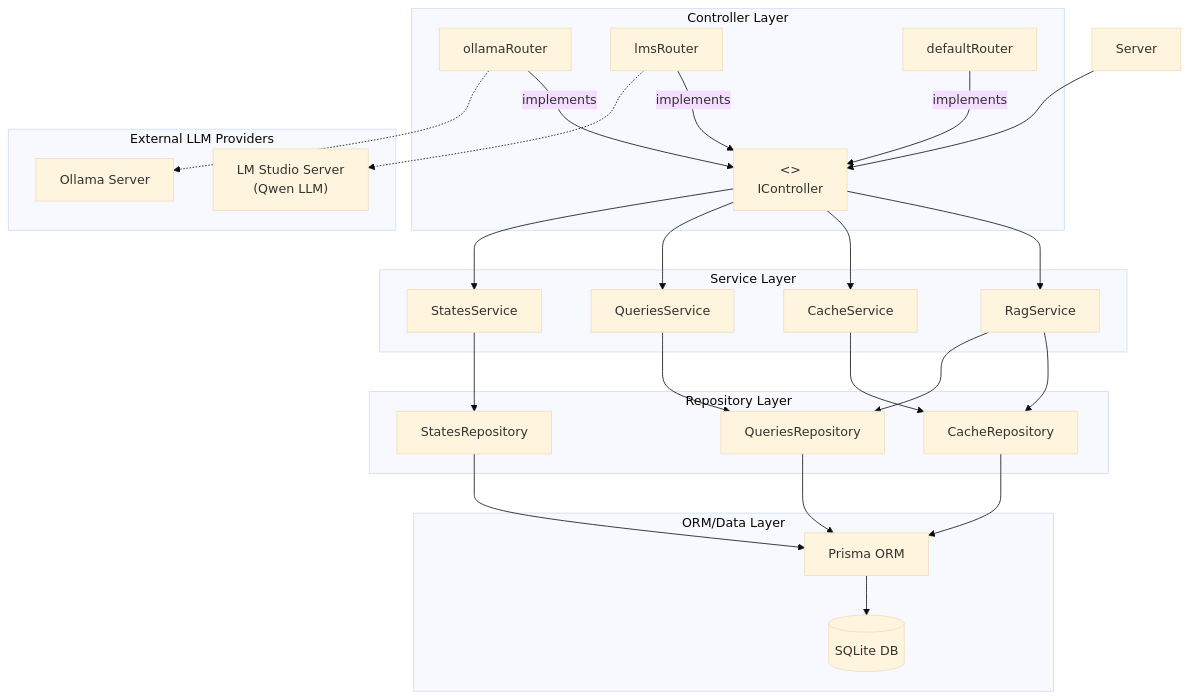
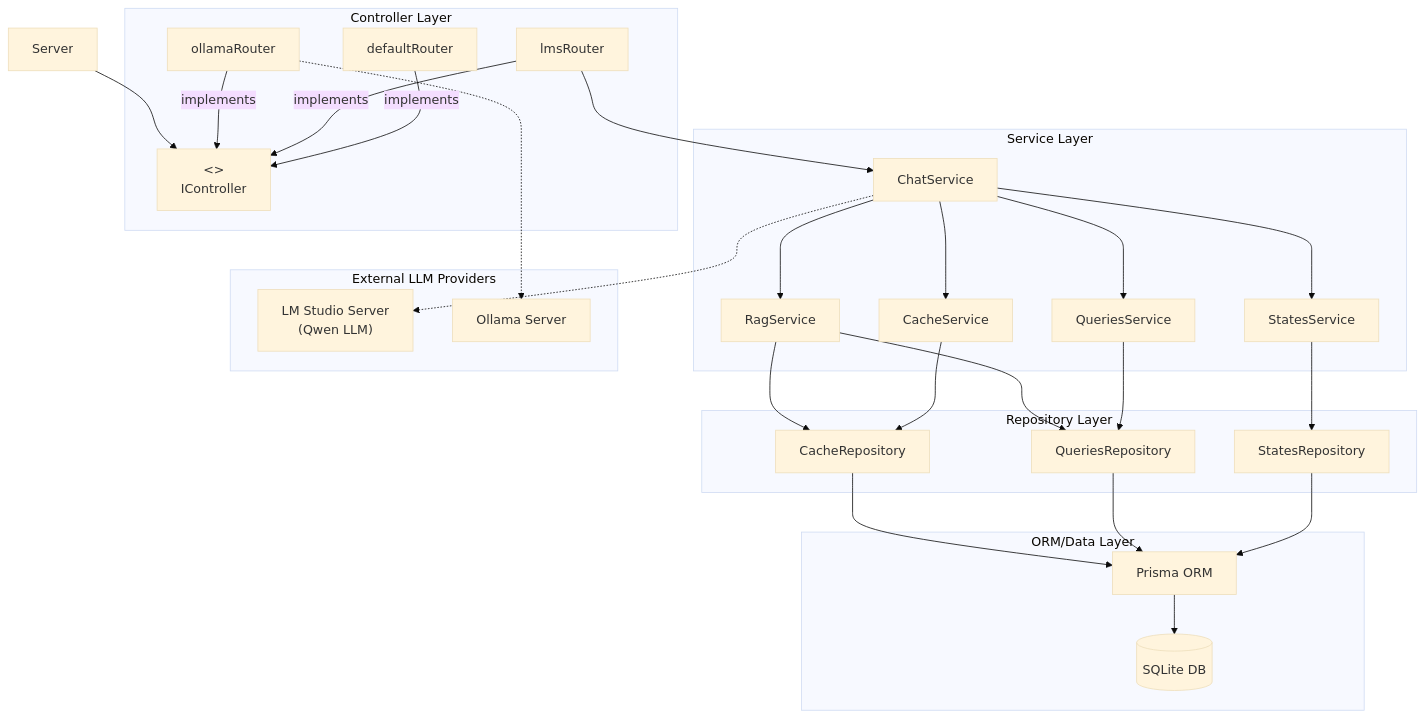
One commit to IhorLazarkov/IhorLazarkov changed the diagram in agentic-server/README.md. Above: the diagram before and after it, drawn with Mermaid (base theme). The commit also changed other lines of this file and 10 other files, not shown here.

````diff
--- a/agentic-server/README.md
+++ b/agentic-server/README.md
@@ -19,50 +17,52 @@
 ```mermaid
 graph TD
     Server[Server] --> IC
 
     subgraph Controller_Layer [Controller Layer]
         IC["<<interface>>\nIController"]
         OR[ollamaRouter]
         LR[lmsRouter]
         DR[defaultRouter]
         OR & LR & DR -- implements --> IC
     end
 
     subgraph Service_Layer [Service Layer]
+        ChS[ChatService]
         RS[RagService]
         CS[CacheService]
         QS[QueriesService]
         SS[StatesService]
     end
 
     subgraph Repository_Layer [Repository Layer]
         CR[CacheRepository]
         QR[QueriesRepository]
         SR[StatesRepository]
     end
 
     subgraph Data_Layer [ORM/Data Layer]
         P[Prisma ORM]
         DB[(SQLite DB)]
     end
 
     subgraph External_Providers [External LLM Providers]
         LMS["LM Studio Server\n(Qwen LLM)"]
         OLL["Ollama Server"]
     end
 
-    IC --> RS
-    IC --> CS
-    IC --> QS
-    IC --> SS
+    LR --> ChS
+    ChS --> RS
+    ChS --> CS
+    ChS --> QS
+    ChS --> SS
     RS --> CR
     RS --> QR
     CS --> CR
     QS --> QR
     SS --> SR
     CR & QR & SR --> P
     P --> DB
 
-    LR -.-> LMS
+    ChS -.-> LMS
     OR -.-> OLL
 ```
````
